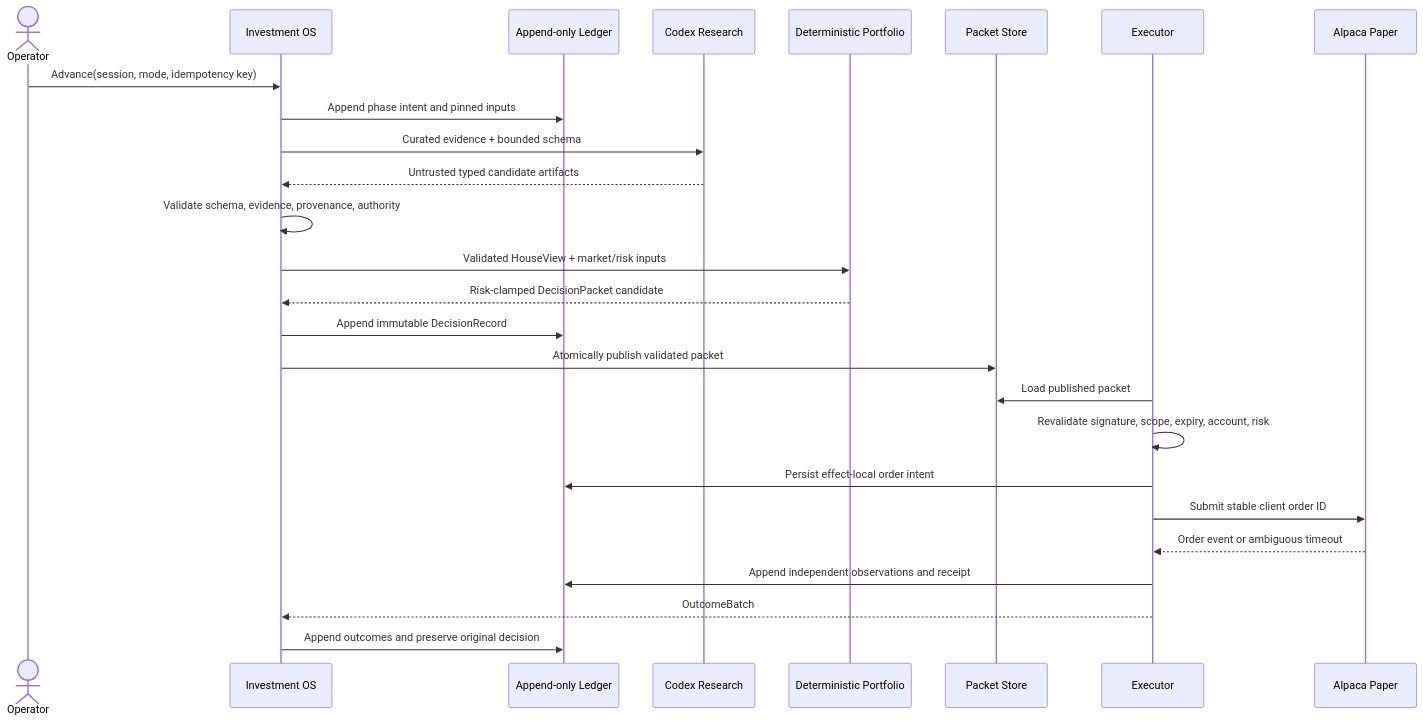
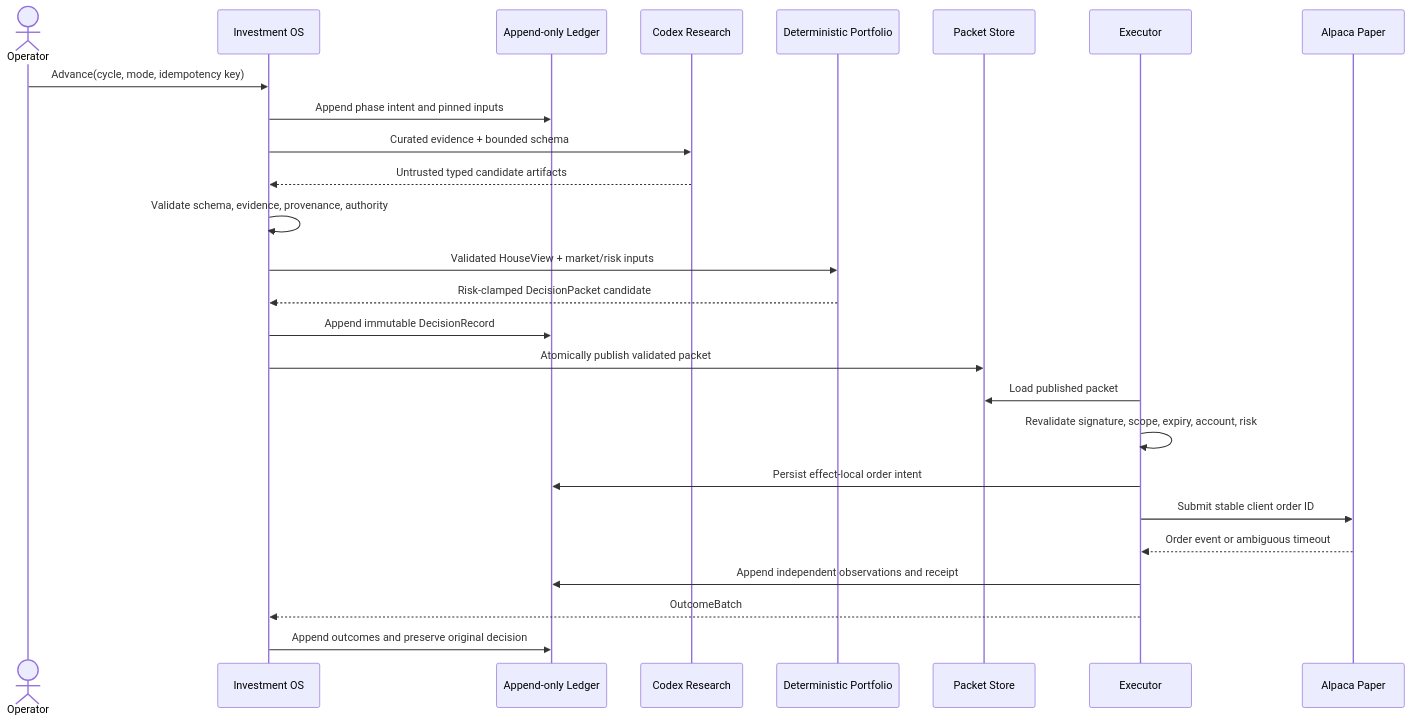
One commit to investlink-ai/agentic_investment_os changed the third of 3 diagrams in docs/architecture.md. Above: the diagram before and after it, drawn with Mermaid. The commit also changed other lines of this file and 7 other files, not shown here.

Commit message:
docs(architecture): define multi-asset extension seams

````diff
--- a/docs/architecture.md
+++ b/docs/architecture.md
@@ -191,29 +370,29 @@
 ```mermaid
 sequenceDiagram
     actor Operator
     participant OS as Investment OS
     participant Ledger as Append-only Ledger
     participant Research as Codex Research
     participant Risk as Deterministic Portfolio
     participant Packet as Packet Store
     participant Executor
     participant Broker as Alpaca Paper
 
-    Operator->>OS: Advance(session, mode, idempotency key)
+    Operator->>OS: Advance(cycle, mode, idempotency key)
     OS->>Ledger: Append phase intent and pinned inputs
     OS->>Research: Curated evidence + bounded schema
     Research-->>OS: Untrusted typed candidate artifacts
     OS->>OS: Validate schema, evidence, provenance, authority
     OS->>Risk: Validated HouseView + market/risk inputs
     Risk-->>OS: Risk-clamped DecisionPacket candidate
     OS->>Ledger: Append immutable DecisionRecord
     OS->>Packet: Atomically publish validated packet
     Executor->>Packet: Load published packet
     Executor->>Executor: Revalidate signature, scope, expiry, account, risk
     Executor->>Ledger: Persist effect-local order intent
     Executor->>Broker: Submit stable client order ID
     Broker-->>Executor: Order event or ambiguous timeout
     Executor->>Ledger: Append independent observations and receipt
     Executor-->>OS: OutcomeBatch
     OS->>Ledger: Append outcomes and preserve original decision
 ```
````
